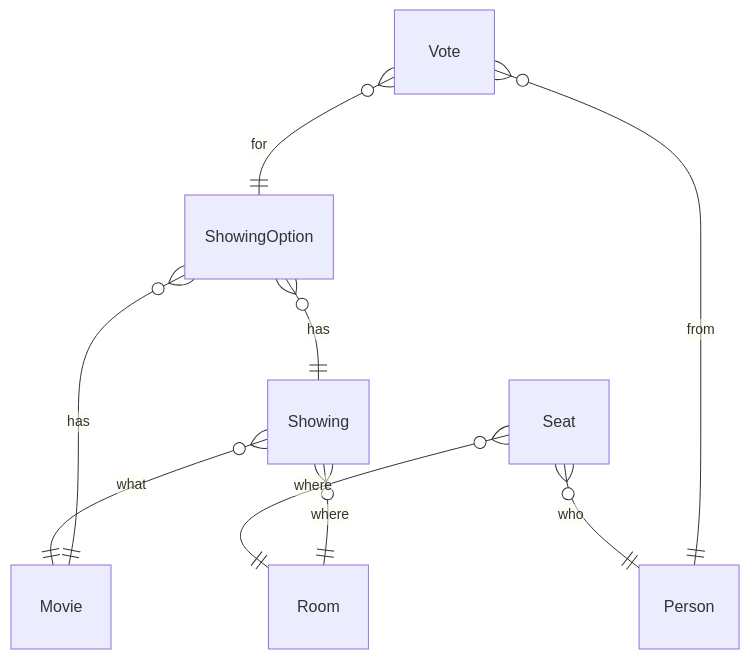
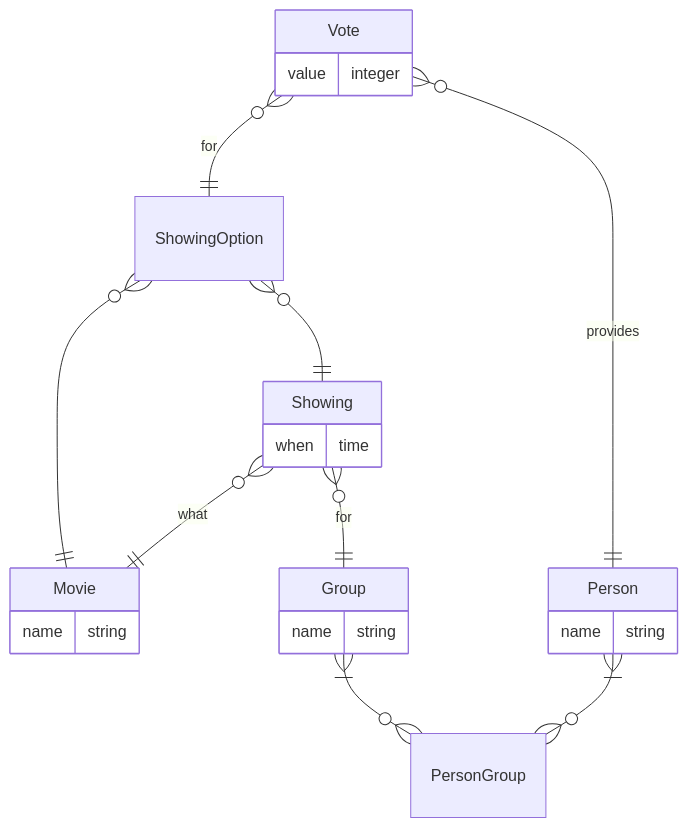
Before and after one commit to seth-schroeder/no_one_loses_on_movie_night: the diagram in data_model.md, drawn with Mermaid. The commit also changed other lines of this file and 41 other files, not shown here.

````diff
--- a/data_model.md
+++ b/data_model.md
@@ -17,22 +17,21 @@
 ```mermaid
 erDiagram
 
-Room { }
-Movie { }
-Person { }
+Movie { name string }
+Person { name string }
+Group { name string }
 
-Seat { }
-Showing { }
+PersonGroup {}
+Showing { when time }
 ShowingOption { }
-Vote { }
+Vote {  value integer }
 
-Seat }o--|| Person : who
-Seat }o--|| Room : where
+Person }|--o{ PersonGroup : " "
+Group }|--o{ PersonGroup : " "
 Showing }o--|| Movie : what
-Showing }o--|| Room : where
-ShowingOption }o--|| Movie : has
-ShowingOption }o--|| Showing : has
+Showing }o--|| Group : for
+ShowingOption }o--|| Movie : " "
+ShowingOption }o--|| Showing : " "
 Vote }o--|| ShowingOption : for
-Vote }o--|| Person : from
-
+Vote }o--|| Person : provides
 ```
````
